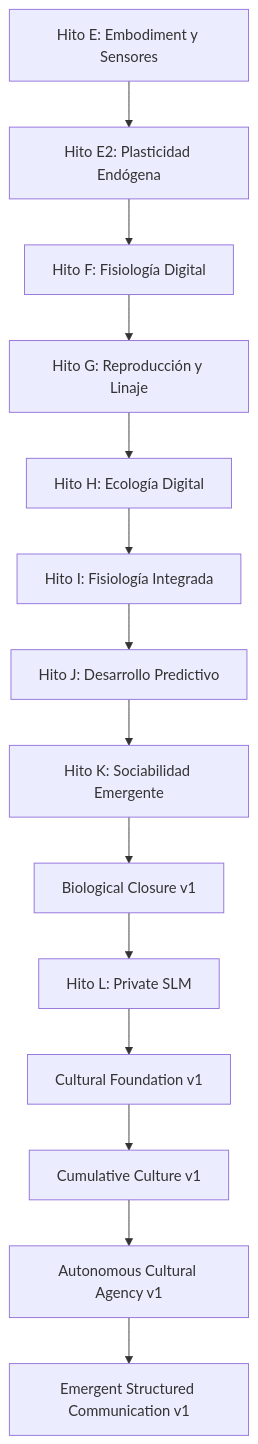
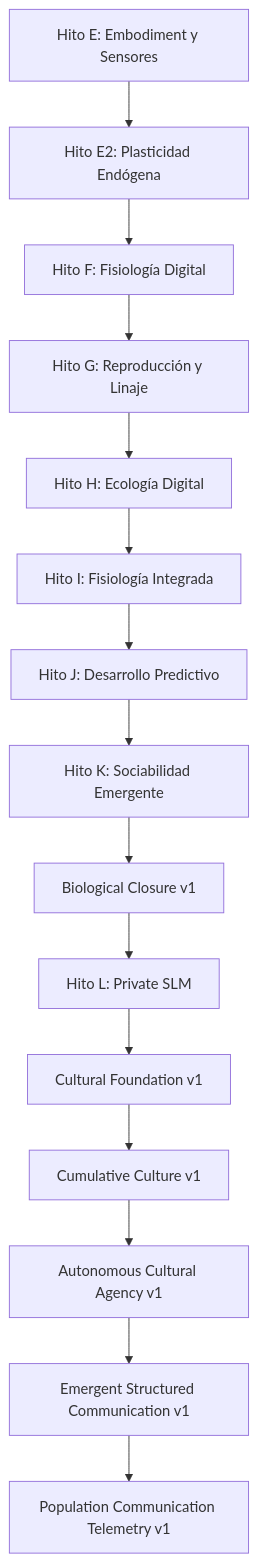
One commit to alessbarb/symbiont-lab changed the diagram in docs/design/README.md. Above: the diagram before and after it, drawn with Mermaid. The commit also changed other lines of this file and 5 other files, not shown here.

Commit message:
docs(research): record population communication telemetry

````diff
--- a/docs/design/README.md
+++ b/docs/design/README.md
@@ -16,15 +16,16 @@
 ```mermaid
 flowchart TD
     E["Hito E: Embodiment y Sensores"] --> E2["Hito E2: Plasticidad Endógena"]
     E2 --> F["Hito F: Fisiología Digital"]
     F --> G["Hito G: Reproducción y Linaje"]
     G --> H["Hito H: Ecología Digital"]
     H --> I["Hito I: Fisiología Integrada"]
     I --> J["Hito J: Desarrollo Predictivo"]
     J --> K["Hito K: Sociabilidad Emergente"]
     K --> BC["Biological Closure v1"]
     BC --> L["Hito L: Private SLM"]
     L --> CF["Cultural Foundation v1"] --> C["Cumulative Culture v1"]
     C --> ACA["Autonomous Cultural Agency v1"]
     ACA --> ESC["Emergent Structured Communication v1"]
+    ESC --> PCT["Population Communication Telemetry v1"]
 ```
````
